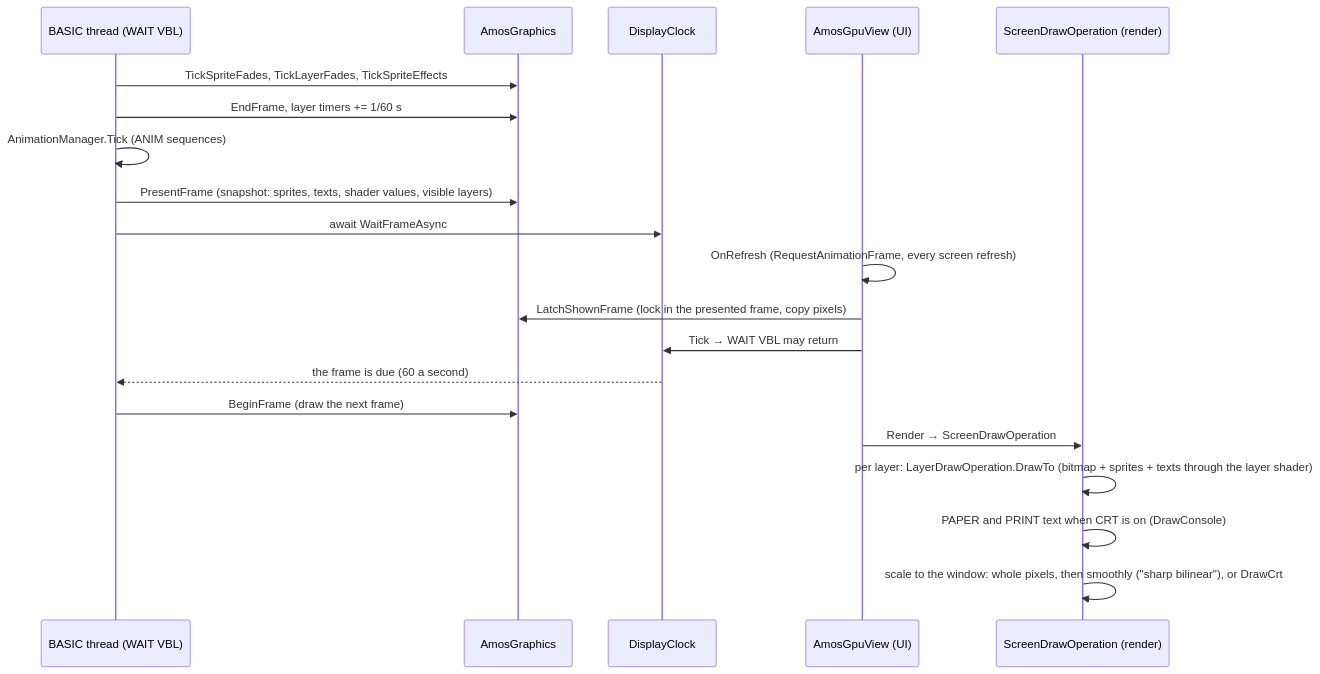
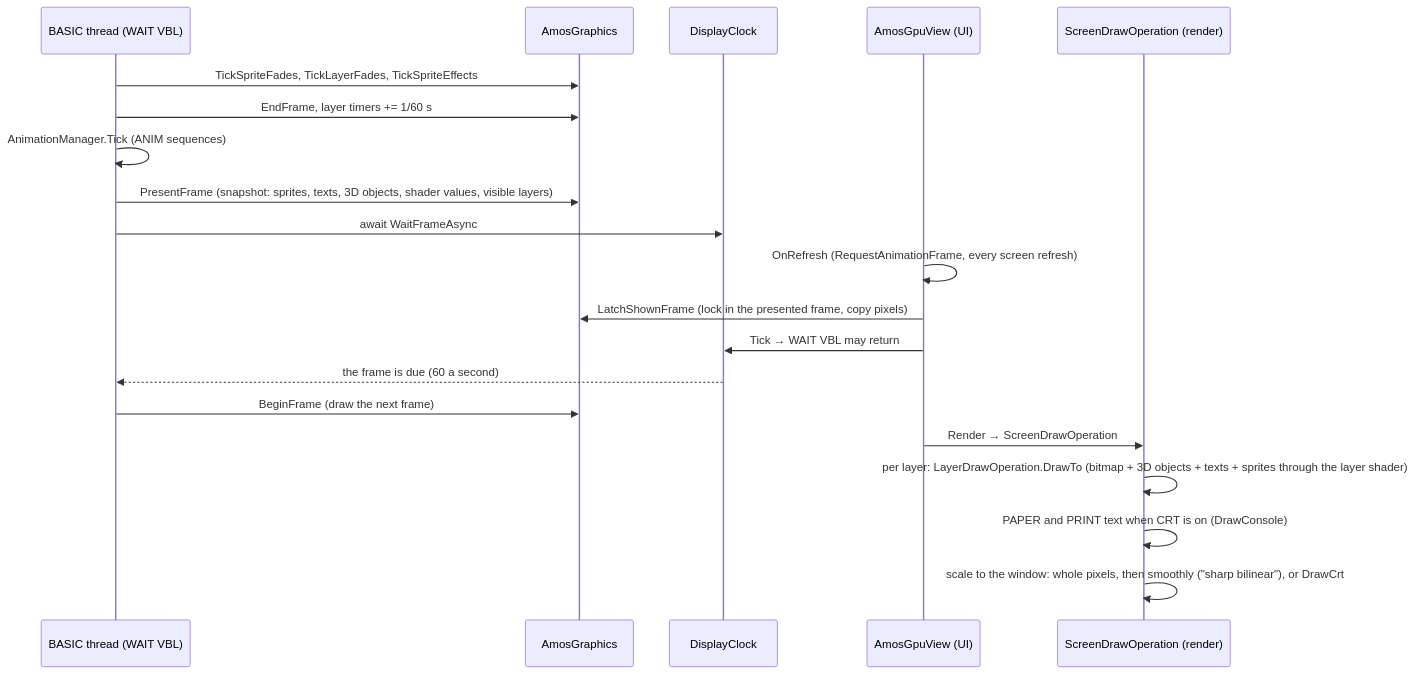
The fifth of 7 diagrams in Documentation/Architecture.md (MrSkutt/AmosLikeBasic), drawn with Mermaid before and after one commit. The commit also changed other lines of this file and 15 other files, not shown here.

````diff
--- a/Documentation/Architecture.md
+++ b/Documentation/Architecture.md
@@ -324,23 +324,23 @@
 ```mermaid
 sequenceDiagram
     participant AR as BASIC thread (WAIT VBL)
     participant G as AmosGraphics
     participant DC as DisplayClock
     participant V as AmosGpuView (UI)
     participant R as ScreenDrawOperation (render)
 
     AR->>G: TickSpriteFades, TickLayerFades, TickSpriteEffects
     AR->>G: EndFrame, layer timers += 1/60 s
     AR->>AR: AnimationManager.Tick (ANIM sequences)
-    AR->>G: PresentFrame  (snapshot: sprites, texts, shader values, visible layers)
+    AR->>G: PresentFrame  (snapshot: sprites, texts, 3D objects, shader values, visible layers)
     AR->>DC: await WaitFrameAsync
     V->>V: OnRefresh  (RequestAnimationFrame, every screen refresh)
     V->>G: LatchShownFrame  (lock in the presented frame, copy pixels)
     V->>DC: Tick  → WAIT VBL may return
     DC-->>AR: the frame is due (60 a second)
     AR->>G: BeginFrame  (draw the next frame)
     V->>R: Render → ScreenDrawOperation
-    R->>R: per layer: LayerDrawOperation.DrawTo  (bitmap + sprites + texts through the layer shader)
+    R->>R: per layer: LayerDrawOperation.DrawTo  (bitmap + 3D objects + texts + sprites through the layer shader)
     R->>R: PAPER and PRINT text when CRT is on (DrawConsole)
     R->>R: scale to the window: whole pixels, then smoothly ("sharp bilinear"), or DrawCrt
 ```
````
